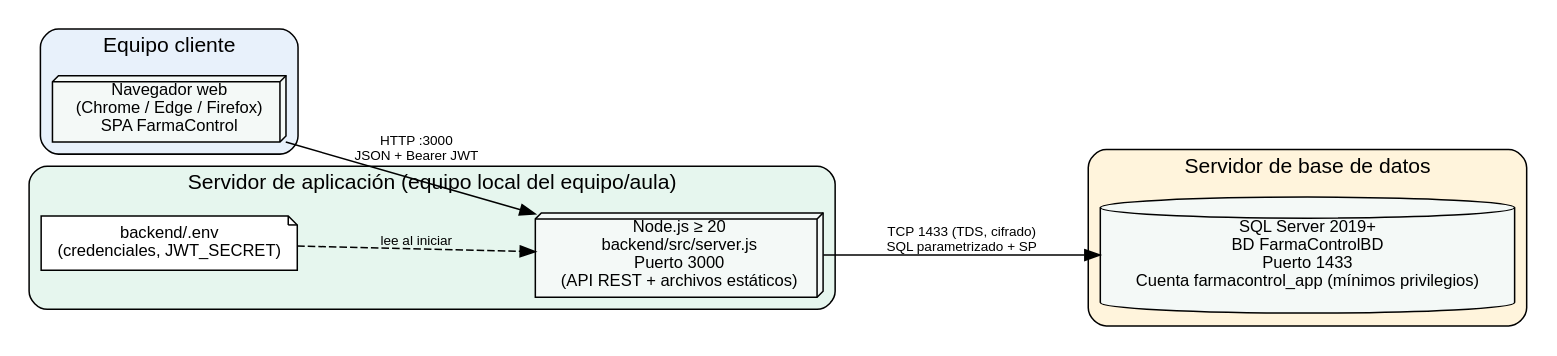
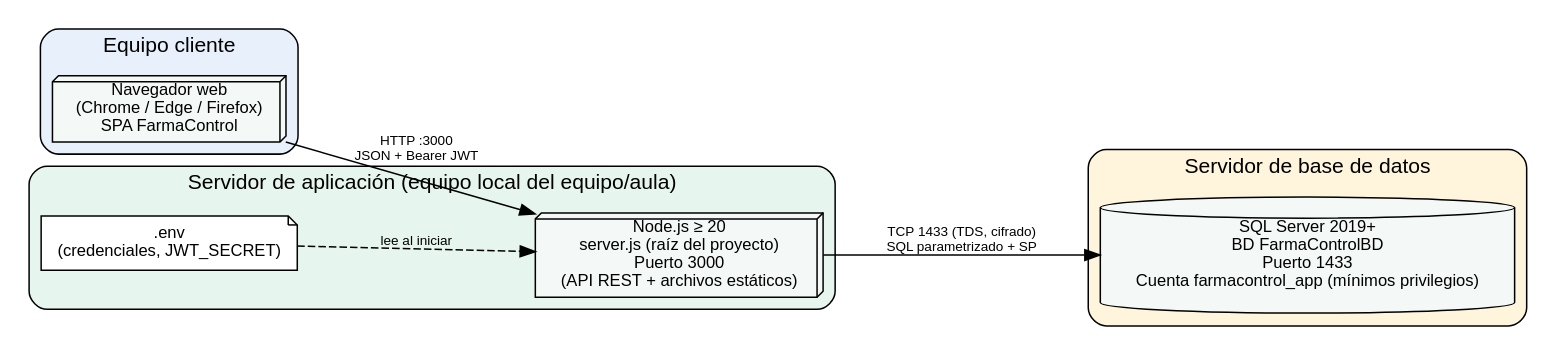
The diagram in docs/diagramas/src/despliegue.dot (angelonavarroxd23-lab/Farma-Control), drawn with Graphviz before and after one commit. The commit also changed 24 other files, not shown here.

First line of the commit message:
Diagramas actualizados a v2.1: 17 tablas/28 FK, MVC, receta en caja, lote/proveedor en compra, reposicion, estados de orden

```diff
--- a/docs/diagramas/src/despliegue.dot
+++ b/docs/diagramas/src/despliegue.dot
@@ -1,6 +1,6 @@
 digraph D { rankdir=LR; bgcolor=white; compound=true; nodesep=0.5; ranksep=1.0;
 node [shape=box3d, style=filled, fillcolor="#F4F9F7", fontname=Helvetica, fontsize=11]; edge [fontname=Helvetica, fontsize=9];
 subgraph cluster_pc { label="Equipo cliente"; style="rounded,filled"; fillcolor="#E8F1FB"; fontname=Helvetica; nav [label="Navegador web\n(Chrome / Edge / Firefox)\nSPA FarmaControl"]; }
-subgraph cluster_app { label="Servidor de aplicación (equipo local del equipo/aula)"; style="rounded,filled"; fillcolor="#E6F6EE"; fontname=Helvetica; node1 [label="Node.js ≥ 20\nbackend/src/server.js\nPuerto 3000\n(API REST + archivos estáticos)"]; env [label="backend/.env\n(credenciales, JWT_SECRET)", shape=note, fillcolor="#FFFFFF"]; }
+subgraph cluster_app { label="Servidor de aplicación (equipo local del equipo/aula)"; style="rounded,filled"; fillcolor="#E6F6EE"; fontname=Helvetica; node1 [label="Node.js ≥ 20\nserver.js (raíz del proyecto)\nPuerto 3000\n(API REST + archivos estáticos)"]; env [label=".env\n(credenciales, JWT_SECRET)", shape=note, fillcolor="#FFFFFF"]; }
 subgraph cluster_db { label="Servidor de base de datos"; style="rounded,filled"; fillcolor="#FFF4DC"; fontname=Helvetica; sql [label="SQL Server 2019+\nBD FarmaControlBD\nPuerto 1433\nCuenta farmacontrol_app (mínimos privilegios)", shape=cylinder]; }
 nav -> node1 [label="HTTP :3000\nJSON + Bearer JWT"]; env -> node1 [style=dashed, label="lee al iniciar"]; node1 -> sql [label="TCP 1433 (TDS, cifrado)\nSQL parametrizado + SP"]; }
```
